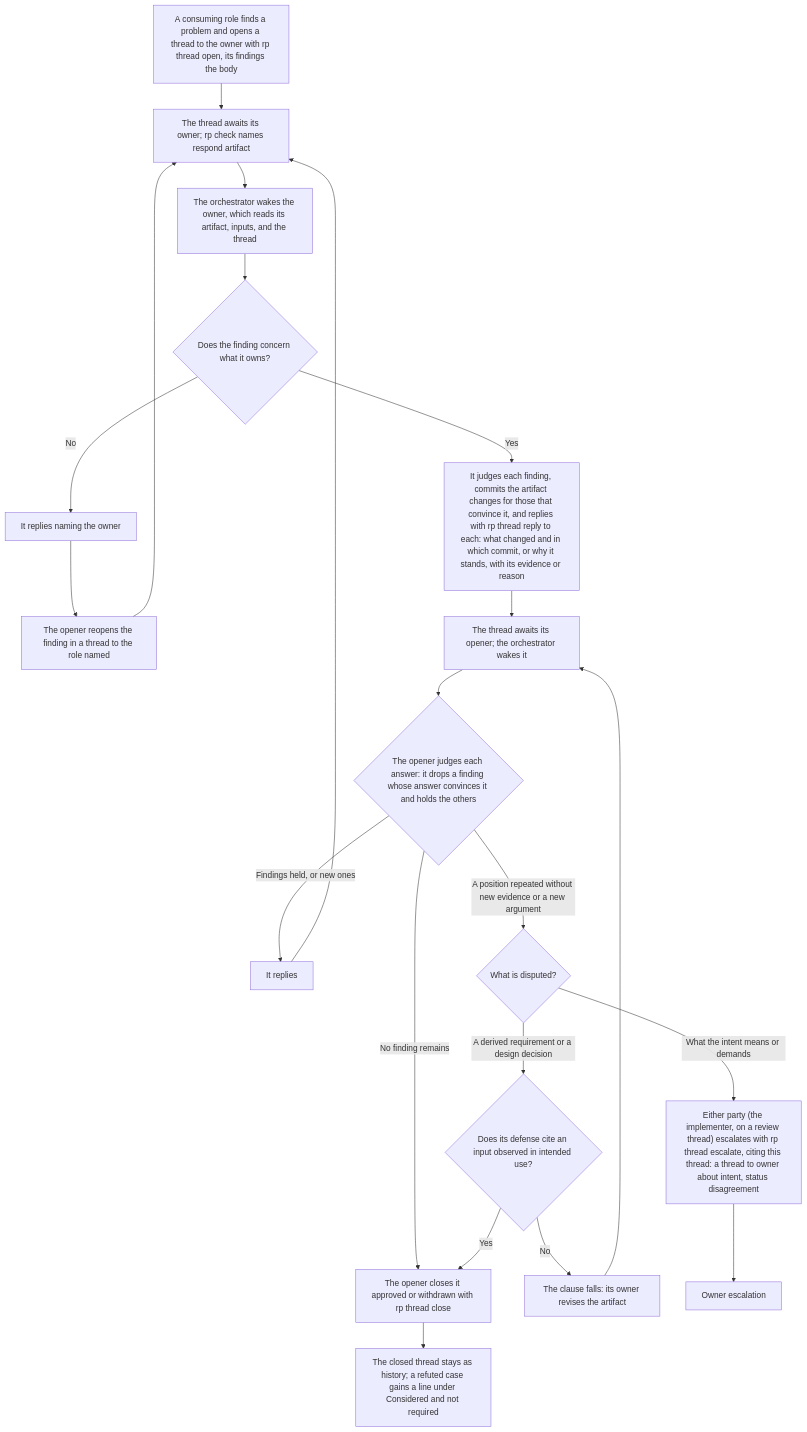
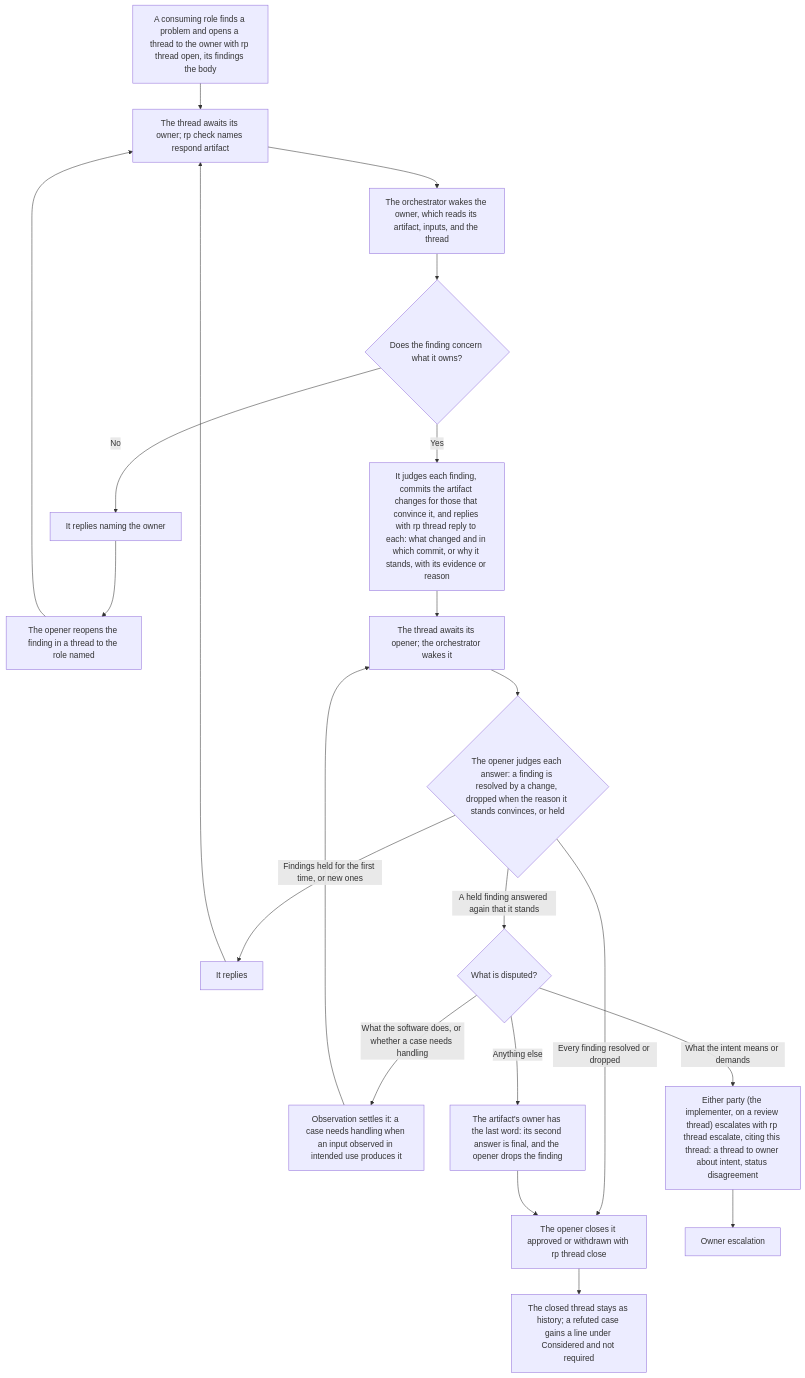
One commit to Automattic/radical-pipelines changed the diagram in docs/flowcharts/threads.md. Above: the diagram before and after it, drawn with Mermaid. The commit also changed 9 other files, not shown here.

Commit message:
Give the artifact's owner the last word on what neither observation nor the intent decides (assisted)

````diff
--- a/docs/flowcharts/threads.md
+++ b/docs/flowcharts/threads.md
@@ -5,23 +5,23 @@
 ```mermaid
 flowchart TD
     OPEN["A consuming role finds a problem and opens a thread to the owner with rp thread open, its findings the body"] --> AW1["The thread awaits its owner; rp check names respond artifact"]
     AW1 --> OWNER["The orchestrator wakes the owner, which reads its artifact, inputs, and the thread"]
     OWNER --> OWNS{"Does the finding concern what it owns?"}
     OWNS -->|No| NAME["It replies naming the owner"]
     NAME --> REOPEN["The opener reopens the finding in a thread to the role named"]
     REOPEN --> AW1
     OWNS -->|Yes| ANSWER["It judges each finding, commits the artifact changes for those that convince it, and replies with rp thread reply to each: what changed and in which commit, or why it stands, with its evidence or reason"]
     ANSWER --> AW2["The thread awaits its opener; the orchestrator wakes it"]
-    AW2 --> READ{"The opener judges each answer: it drops a finding whose answer convinces it and holds the others"}
-    READ -->|No finding remains| CLOSED["The opener closes it approved or withdrawn with rp thread close"]
-    READ -->|Findings held, or new ones| AGAIN["It replies"]
+    AW2 --> READ{"The opener judges each answer: a finding is resolved by a change, dropped when the reason it stands convinces, or held"}
+    READ -->|Every finding resolved or dropped| CLOSED["The opener closes it approved or withdrawn with rp thread close"]
+    READ -->|Findings held for the first time, or new ones| AGAIN["It replies"]
     AGAIN --> AW1
-    READ -->|A position repeated without new evidence or a new argument| DIS{"What is disputed?"}
-    DIS -->|A derived requirement or a design decision| OBS{"Does its defense cite an input observed in intended use?"}
-    OBS -->|Yes| CLOSED
-    OBS -->|No| REVISE["The clause falls: its owner revises the artifact"]
-    REVISE --> AW2
+    READ -->|A held finding answered again that it stands| DIS{"What is disputed?"}
+    DIS -->|What the software does, or whether a case needs handling| OBS["Observation settles it: a case needs handling when an input observed in intended use produces it"]
+    OBS --> AW2
+    DIS -->|Anything else| LAST["The artifact's owner has the last word: its second answer is final, and the opener drops the finding"]
+    LAST --> CLOSED
     DIS -->|What the intent means or demands| ESC["Either party (the implementer, on a review thread) escalates with rp thread escalate, citing this thread: a thread to owner about intent, status disagreement"]
     ESC --> OE["Owner escalation"]
     CLOSED --> HIST["The closed thread stays as history; a refuted case gains a line under Considered and not required"]
 ```
````
